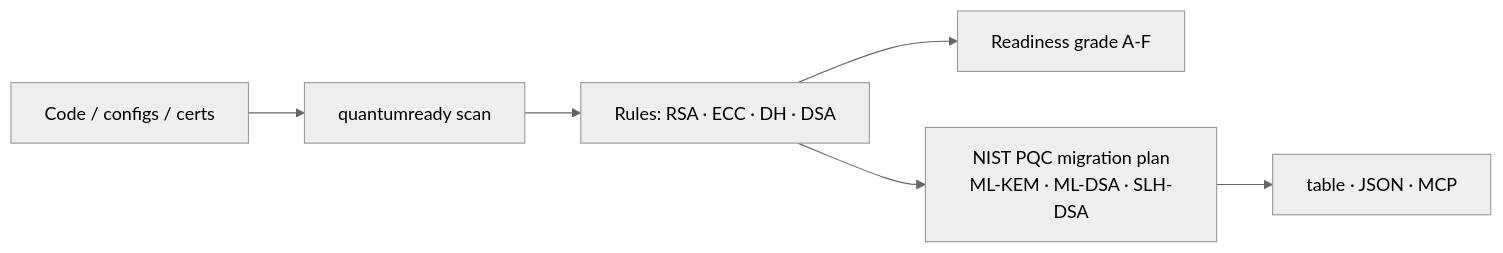
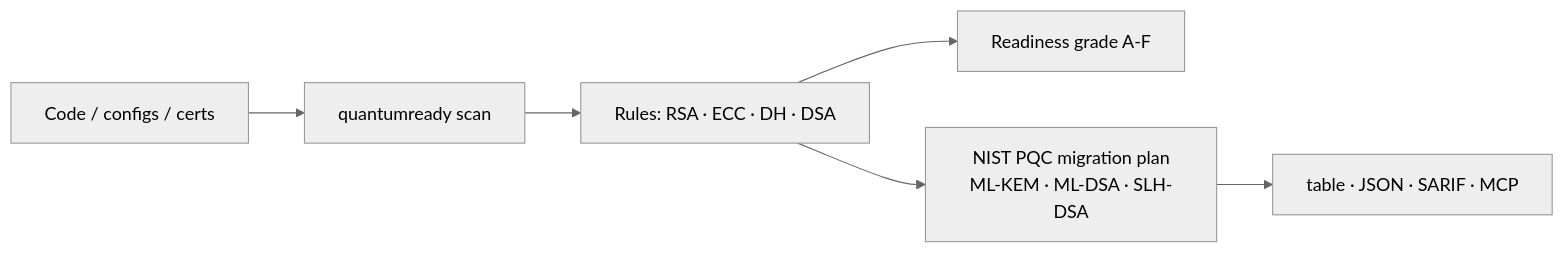
The diagram in README.md (cognis-digital/quantumready), drawn with Mermaid (neutral theme) before and after one commit. The commit also changed other lines of this file and 24 other files, not shown here.

````diff
--- a/README.md
+++ b/README.md
@@ -55,8 +78,8 @@
 ```mermaid
 flowchart LR
   SRC[Code / configs / certs] --> SC[quantumready scan]
   SC --> R[Rules: RSA · ECC · DH · DSA]
   R --> G[Readiness grade A-F]
   R --> M[NIST PQC migration plan<br/>ML-KEM · ML-DSA · SLH-DSA]
-  M --> O[table · JSON · MCP]
+  M --> O[table · JSON · SARIF · MCP]
 ```
````
